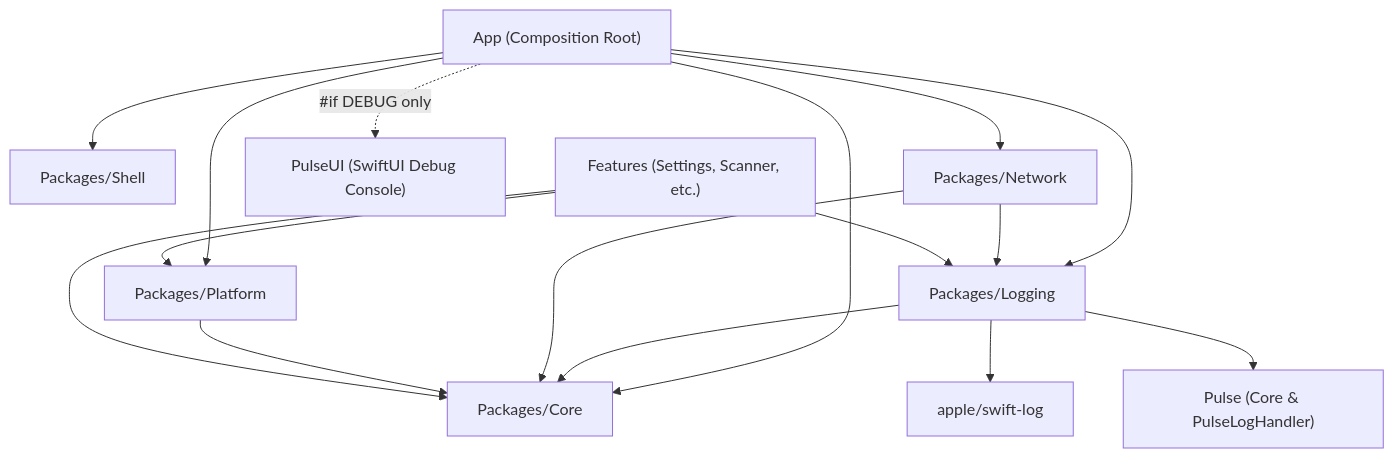
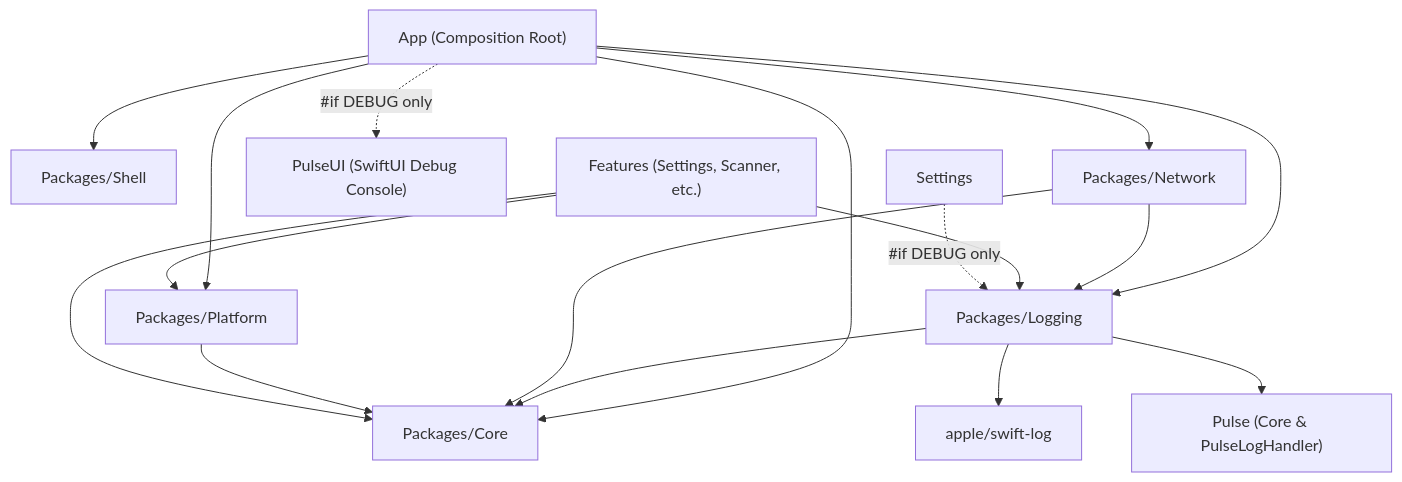
Before and after one commit to DanhDue/ios_digital_wallet: the diagram in .devtool/epic/pulse_logger/2026-09-19-pulse-logger-design.md, drawn with Mermaid. The commit also changed other lines of this file and 18 other files, not shown here.

````diff
--- a/.devtool/epic/pulse_logger/2026-09-19-pulse-logger-design.md
+++ b/.devtool/epic/pulse_logger/2026-09-19-pulse-logger-design.md
@@ -62,21 +66,22 @@
 ```mermaid
 graph TD
     App["App (Composition Root)"] --> Shell["Packages/Shell"]
     App --> Logging["Packages/Logging"]
     App --> Core["Packages/Core"]
     App --> Network["Packages/Network"]
     App --> Platform["Packages/Platform"]
     App -.->|#if DEBUG only| PulseUI["PulseUI (SwiftUI Debug Console)"]
 
     Logging --> Core
     Logging --> SwiftLog["apple/swift-log"]
     Logging --> PulseCore["Pulse (Core & PulseLogHandler)"]
 
     Network --> Core
     Network --> Logging
 
     Platform --> Core
     Features["Features (Settings, Scanner, etc.)"] --> Core
     Features --> Logging
     Features --> Platform
+    Settings -.->|#if DEBUG only| Logging
 ```
````
